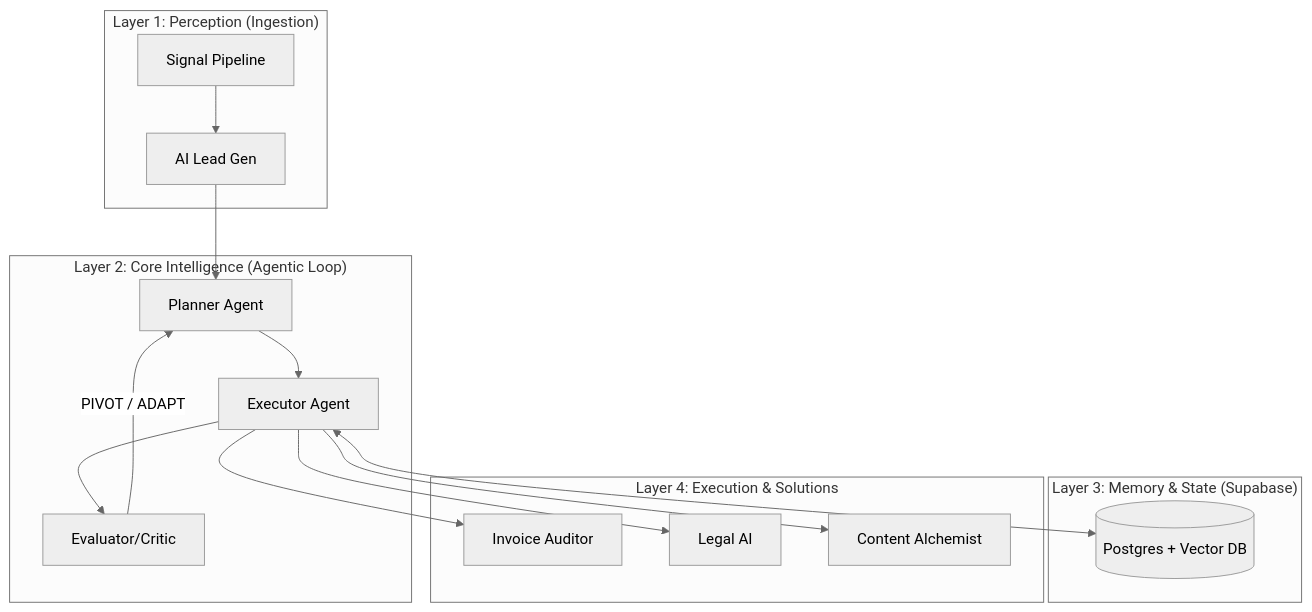
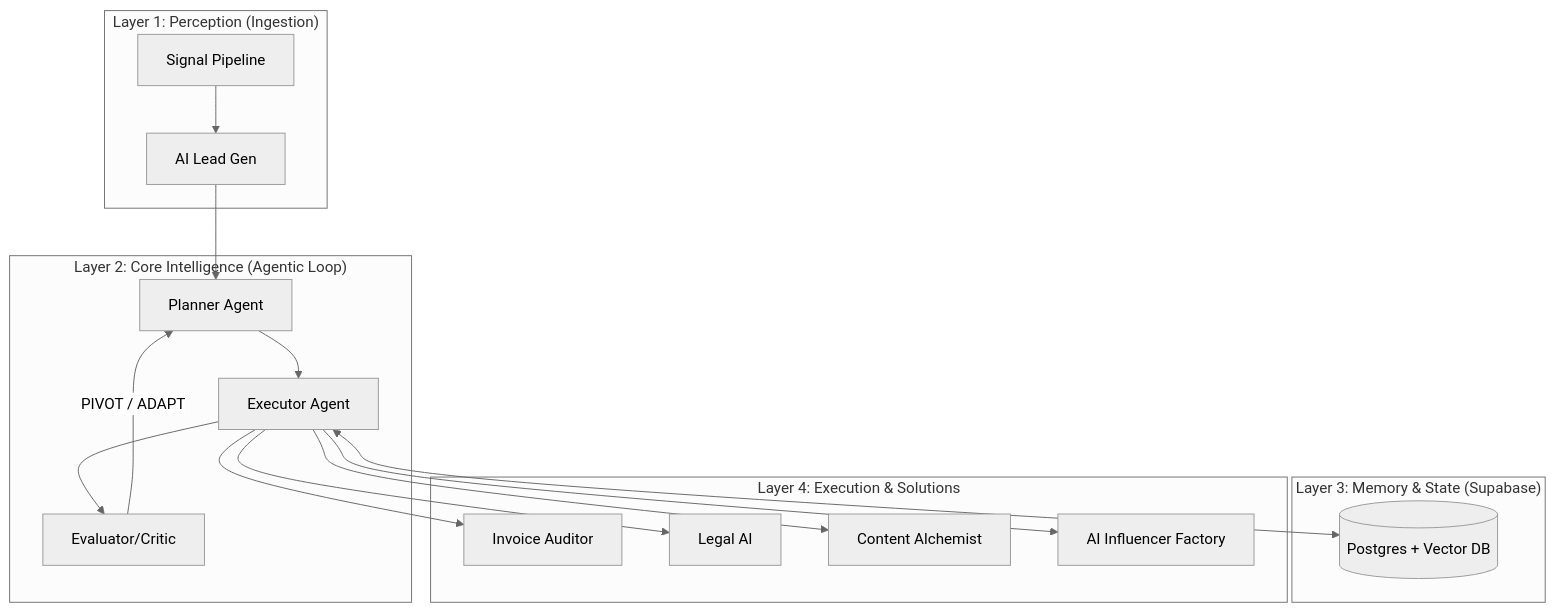
Before and after one commit to kspandian32-sudo/Enterprise-n8n-Architectures: the diagram in README.md, drawn with Mermaid (neutral theme). The commit also changed other lines of this file, not shown here.

Commit message:
docs: include AI Influencer Factory in main repository architecture and ROI tables

````diff
--- a/README.md
+++ b/README.md
@@ -16,25 +16,27 @@
 ```mermaid
 graph TD
     subgraph "Layer 1: Perception (Ingestion)"
         A[Signal Pipeline] --> B[AI Lead Gen]
     end
     subgraph "Layer 2: Core Intelligence (Agentic Loop)"
         C[Planner Agent] --> D[Executor Agent]
         D --> E[Evaluator/Critic]
         E -- "PIVOT / ADAPT" --> C
     end
     subgraph "Layer 3: Memory & State (Supabase)"
         F[(Postgres + Vector DB)]
     end
     subgraph "Layer 4: Execution & Solutions"
         G[Invoice Auditor]
         H[Legal AI]
         I[Content Alchemist]
+        J[AI Influencer Factory]
     end
     
     B --> C
     D <--> F
     D --> G
     D --> H
     D --> I
+    D --> J
 ```
````
